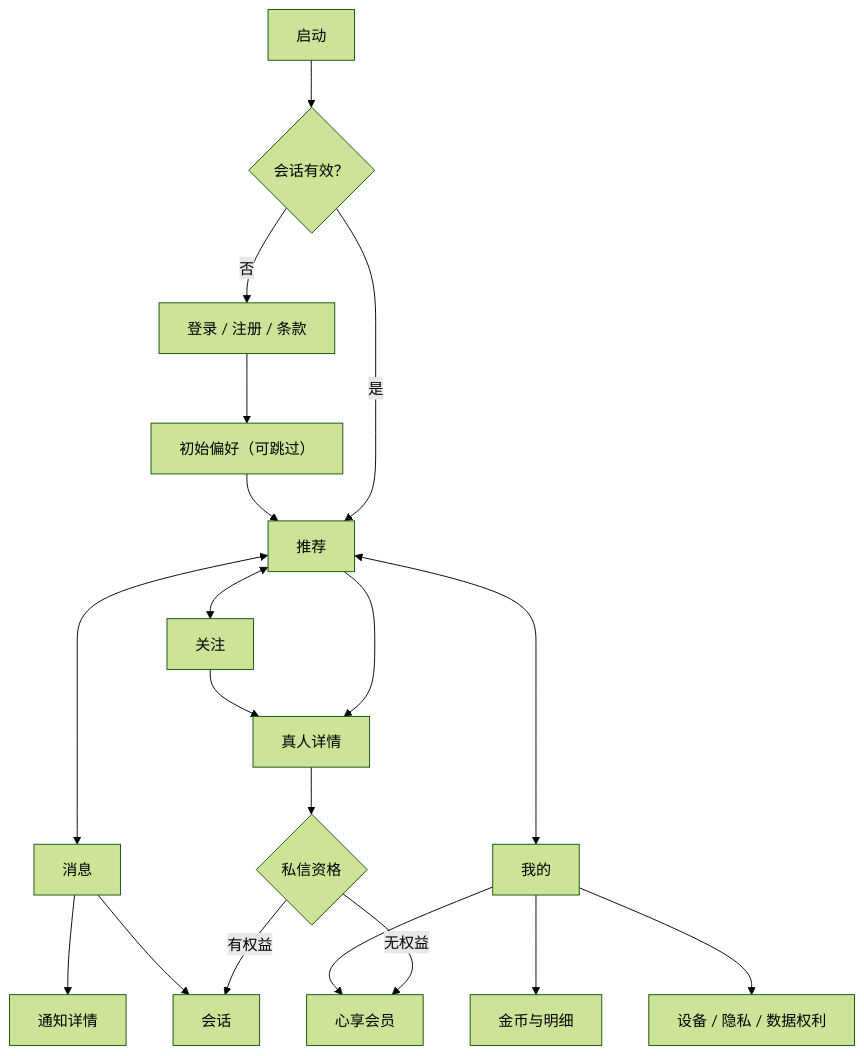
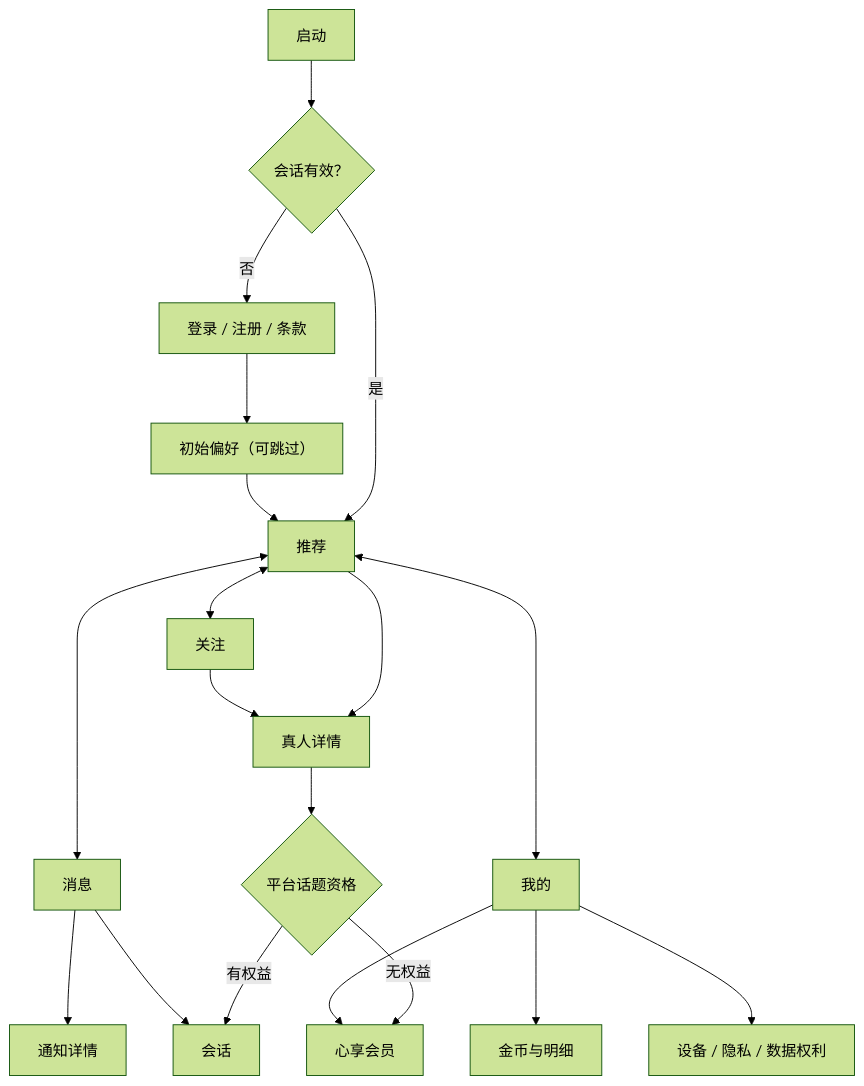
One commit to yyg20101/meigallery-cloudflare changed the diagram in docs/app/MOBILE_APP_INTERACTION_SPEC.md. Above: the diagram before and after it, drawn with Mermaid (forest theme). The commit also changed other lines of this file and 39 other files, not shown here.

````diff
--- a/docs/app/MOBILE_APP_INTERACTION_SPEC.md
+++ b/docs/app/MOBILE_APP_INTERACTION_SPEC.md
@@ -75,20 +75,20 @@
 ```mermaid
 flowchart TD
     START["启动"] --> SESSION{"会话有效？"}
     SESSION -->|否| AUTH["登录 / 注册 / 条款"]
     SESSION -->|是| HOME["推荐"]
     AUTH --> PREF["初始偏好（可跳过）"] --> HOME
     HOME <--> FOLLOW["关注"]
     HOME <--> MESSAGE["消息"]
     HOME <--> ME["我的"]
     HOME --> PERSON["真人详情"]
     FOLLOW --> PERSON
-    PERSON --> GATE{"私信资格"}
+    PERSON --> GATE{"平台话题资格"}
     GATE -->|无权益| MEMBER["心享会员"]
     GATE -->|有权益| CHAT["会话"]
     MESSAGE --> CHAT
     MESSAGE --> NOTICE["通知详情"]
     ME --> MEMBER
     ME --> WALLET["金币与明细"]
     ME --> SETTINGS["设备 / 隐私 / 数据权利"]
 ```
````
